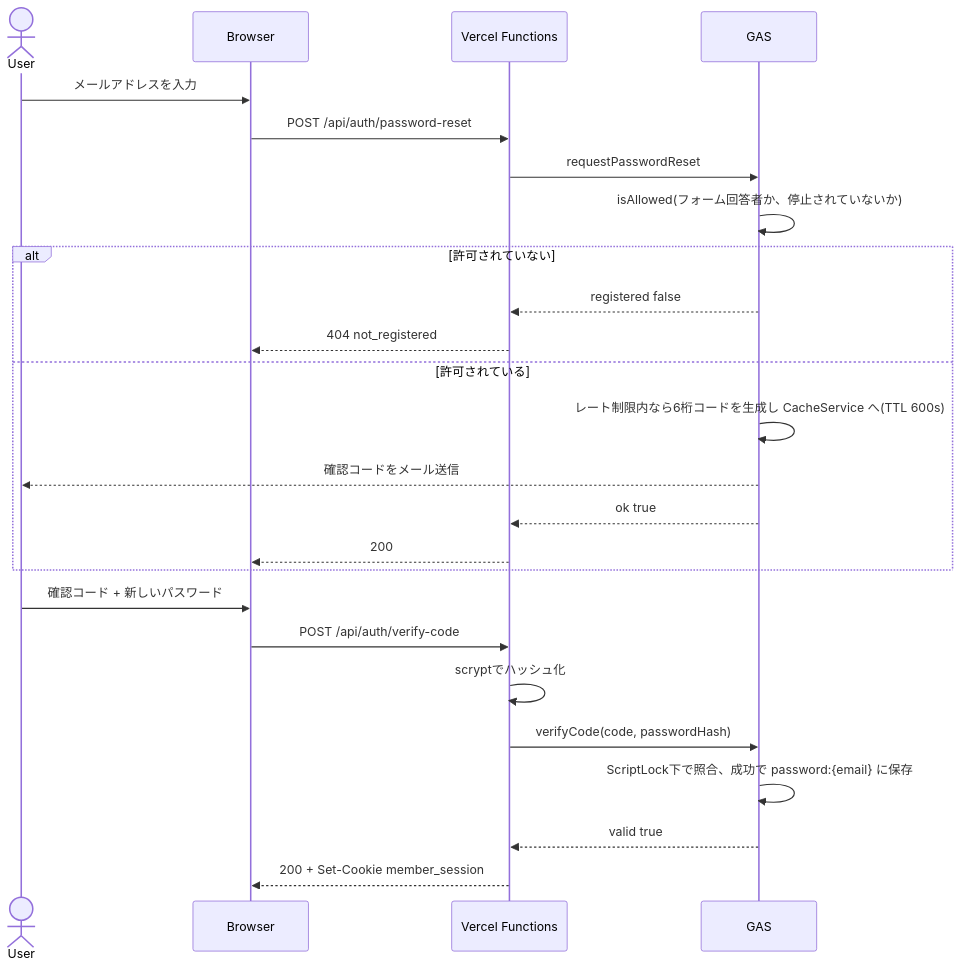
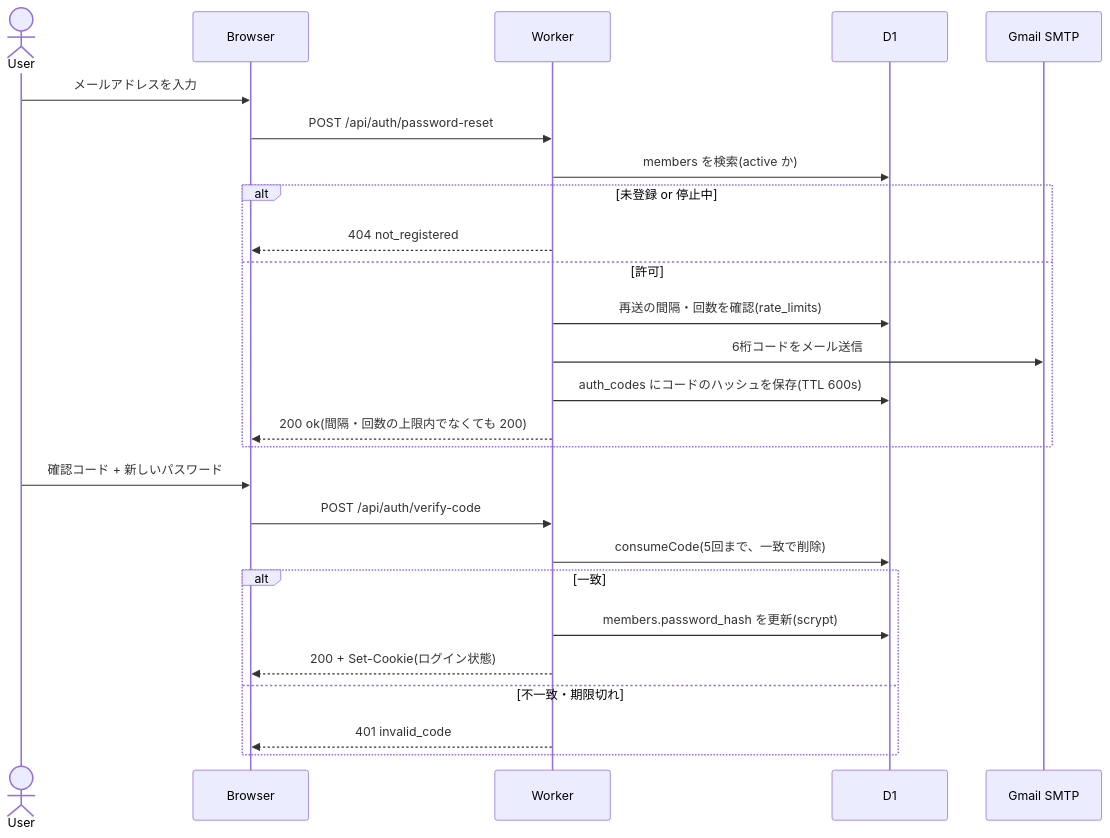
One commit to atsusagi111-dot/95s-pride changed the second of 2 diagrams in アーキテクチャ/エンジニア向け.md. Above: the diagram before and after it, drawn with Mermaid. The commit also changed other lines of this file and 2 other files, not shown here.

````diff
--- a/アーキテクチャ/エンジニア向け.md
+++ b/アーキテクチャ/エンジニア向け.md
@@ -98,29 +102,30 @@
 ```mermaid
 sequenceDiagram
   actor U as User
   participant B as Browser
-  participant F as Vercel Functions
-  participant G as GAS
+  participant W as Worker
+  participant D as D1
+  participant M as Gmail SMTP
 
   U->>B: メールアドレスを入力
-  B->>F: POST /api/auth/password-reset
-  F->>G: requestPasswordReset
-  G->>G: isAllowed(フォーム回答者か、停止されていないか)
-  alt 許可されていない
-    G-->>F: registered false
-    F-->>B: 404 not_registered
-  else 許可されている
-    G->>G: レート制限内なら6桁コードを生成し CacheService へ(TTL 600s)
-    G-->>U: 確認コードをメール送信
-    G-->>F: ok true
-    F-->>B: 200
+  B->>W: POST /api/auth/password-reset
+  W->>D: members を検索(active か)
+  alt 未登録 or 停止中
+    W-->>B: 404 not_registered
+  else 許可
+    W->>D: 再送の間隔・回数を確認(rate_limits)
+    W->>M: 6桁コードをメール送信
+    W->>D: auth_codes にコードのハッシュを保存(TTL 600s)
+    W-->>B: 200 ok(間隔・回数の上限内でなくても 200)
   end
 
   U->>B: 確認コード + 新しいパスワード
-  B->>F: POST /api/auth/verify-code
-  F->>F: scryptでハッシュ化
-  F->>G: verifyCode(code, passwordHash)
-  G->>G: ScriptLock下で照合、成功で password:{email} に保存
-  G-->>F: valid true
-  F-->>B: 200 + Set-Cookie member_session
+  B->>W: POST /api/auth/verify-code
+  W->>D: consumeCode(5回まで、一致で削除)
+  alt 一致
+    W->>D: members.password_hash を更新(scrypt)
+    W-->>B: 200 + Set-Cookie(ログイン状態)
+  else 不一致・期限切れ
+    W-->>B: 401 invalid_code
+  end
 ```
````
